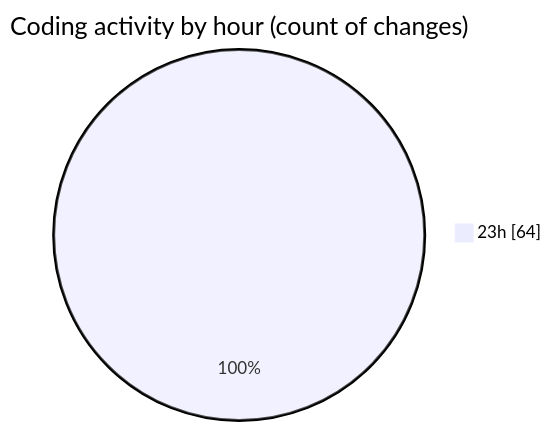
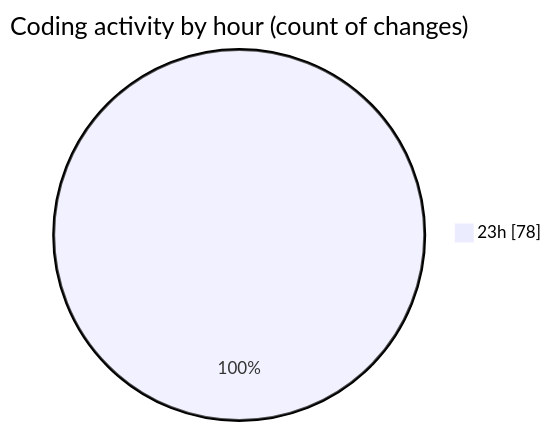
Before and after one commit to Ritupan-Deka/code-tracking: the second of 2 diagrams in 2025-07-21/javascript/README.md, drawn with Mermaid. The commit also changed other lines of this file and 1 other file, not shown here.

````diff
--- a/2025-07-21/javascript/README.md
+++ b/2025-07-21/javascript/README.md
@@ -29,5 +30,5 @@
 ```mermaid
 pie showData
 title Coding activity by hour (count of changes)
-"23h" : 64
+"23h" : 78
 ```
````
